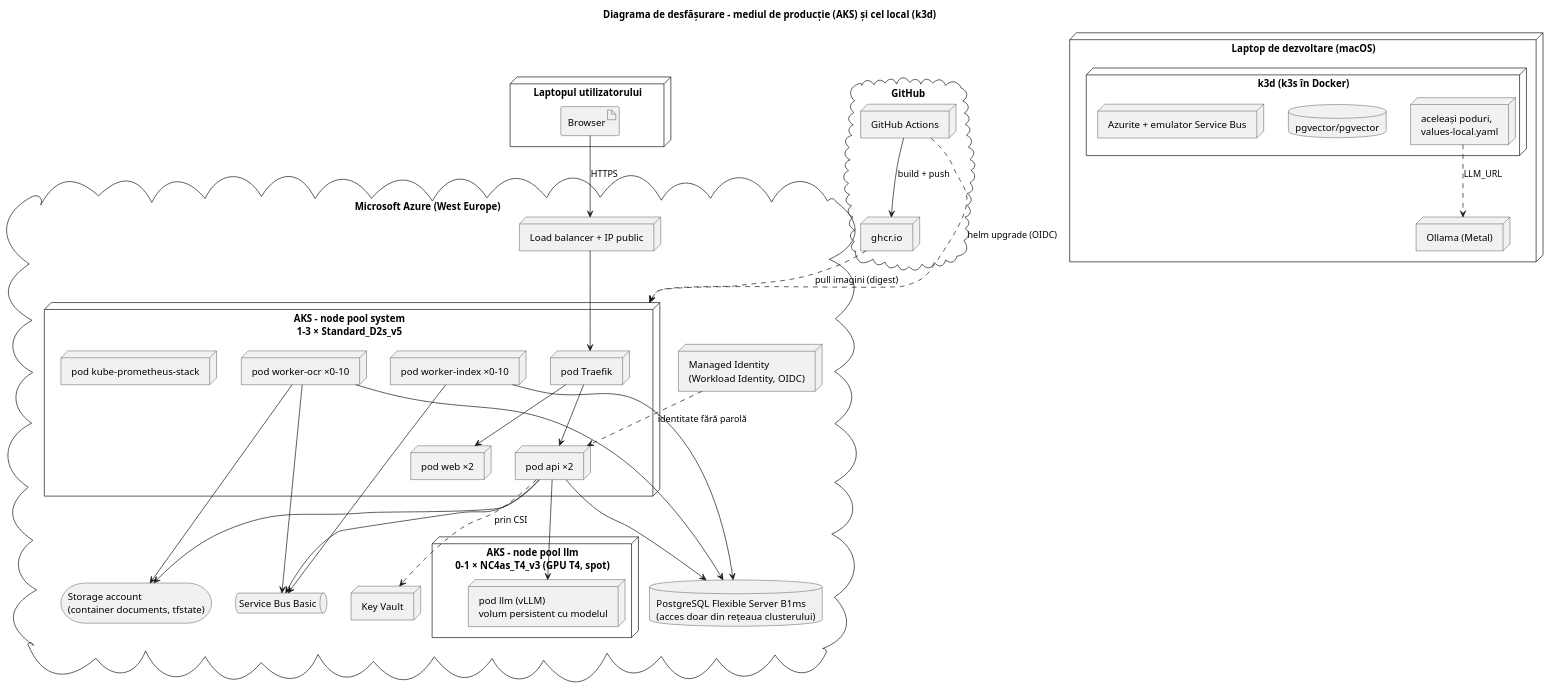
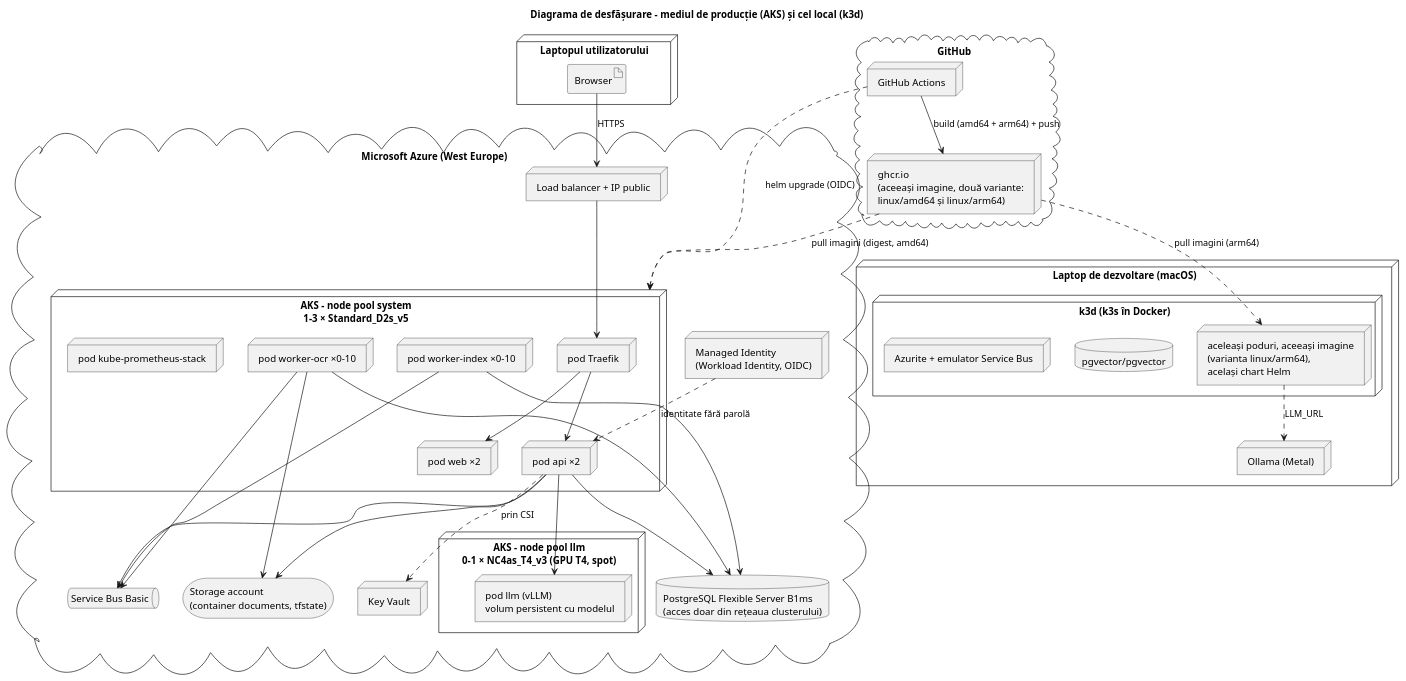
Before and after one commit to isaiagabriel-personal/rag-secure-k8s: the diagram in docs/uml/15-desfasurare.puml, drawn with PlantUML. The commit also changed 3 other files, not shown here.

Commit message:
helm: imaginea api din ghcr.io, tag obligatoriu la instalare; uml la zi

```diff
--- a/docs/uml/15-desfasurare.puml
+++ b/docs/uml/15-desfasurare.puml
@@ -1,63 +1,64 @@
 @startuml 15-desfasurare
 title Diagrama de desfășurare – mediul de producție (AKS) și cel local (k3d)
 skinparam defaultFontName Arial
 skinparam shadowing false
 
 node "Laptopul utilizatorului" as LAP {
   artifact "Browser" as BR
 }
 
 cloud "Microsoft Azure (West Europe)" as AZ {
   node "AKS – node pool system\n1–3 × Standard_D2s_v5" as NP1 {
     node "pod web ×2" as PWEB
     node "pod api ×2" as PAPI
     node "pod worker-ocr ×0–10" as POCR
     node "pod worker-index ×0–10" as PIDX
     node "pod Traefik" as PING
     node "pod kube-prometheus-stack" as PMON
   }
   node "AKS – node pool llm\n0–1 × NC4as_T4_v3 (GPU T4, spot)" as NP2 {
     node "pod llm (vLLM)\nvolum persistent cu modelul" as PLLM
   }
   node "Load balancer + IP public" as LB
   database "PostgreSQL Flexible Server B1ms\n(acces doar din rețeaua clusterului)" as PG
   storage "Storage account\n(container documents, tfstate)" as BLOB
   queue "Service Bus Basic" as SB
   node "Key Vault" as KV
   node "Managed Identity\n(Workload Identity, OIDC)" as MI
 }
 
 cloud "GitHub" as GH {
   node "GitHub Actions" as GHA
-  node "ghcr.io" as REG
+  node "ghcr.io\n(aceeași imagine, două variante:\nlinux/amd64 și linux/arm64)" as REG
 }
 
 node "Laptop de dezvoltare (macOS)" as DEV {
   node "k3d (k3s în Docker)" as K3D {
-    node "aceleași poduri,\nvalues-local.yaml" as PL
+    node "aceleași poduri, aceeași imagine\n(varianta linux/arm64),\nacelași chart Helm" as PL
     database "pgvector/pgvector" as PGL
     node "Azurite + emulator Service Bus" as EMU
   }
   node "Ollama (Metal)" as OLL
 }
 
 BR --> LB : HTTPS
 LB --> PING
 PING --> PWEB
 PING --> PAPI
 PAPI --> PG
 PAPI --> BLOB
 PAPI --> SB
 PAPI --> PLLM
 POCR --> SB
 POCR --> BLOB
 POCR --> PG
 PIDX --> SB
 PIDX --> PG
 PAPI ..> KV : prin CSI
 MI ..> PAPI : identitate fără parolă
-GHA --> REG : build + push
+GHA --> REG : build (amd64 + arm64) + push
 GHA ..> NP1 : helm upgrade (OIDC)
-REG ..> NP1 : pull imagini (digest)
+REG ..> NP1 : pull imagini (digest, amd64)
+REG ..> PL : pull imagini (arm64)
 PL ..> OLL : LLM_URL
 @enduml
```
